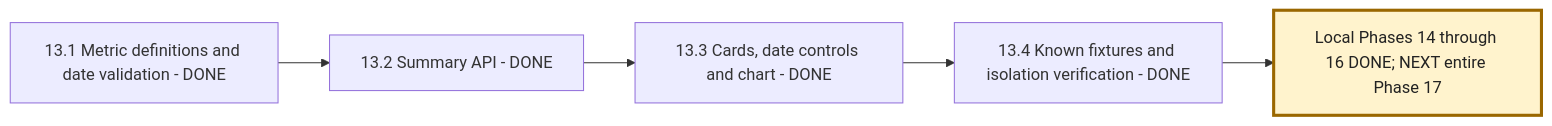
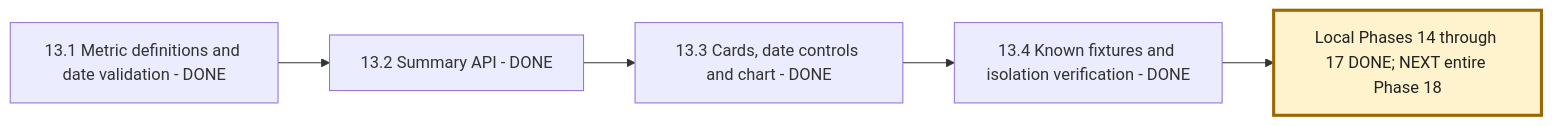
Before and after one commit to msdian0007/nexaAi: the fifth of 7 diagrams in NEXAAI_ROADMAP.md, drawn with Mermaid. The commit also changed other lines of this file and 2 other files, not shown here.

Commit message:
docs(phase-17 step-17.5): document migration deployment and rollback

````diff
--- a/NEXAAI_ROADMAP.md
+++ b/NEXAAI_ROADMAP.md
@@ -377,8 +385,8 @@
 ```mermaid
 flowchart LR
     A[13.1 Metric definitions and date validation - DONE] --> B[13.2 Summary API - DONE]
     B --> C[13.3 Cards, date controls and chart - DONE]
     C --> D[13.4 Known fixtures and isolation verification - DONE]
-    D --> E[Local Phases 14 through 16 DONE; NEXT entire Phase 17]
+    D --> E[Local Phases 14 through 17 DONE; NEXT entire Phase 18]
     style E fill:#fff3cd,stroke:#9a6700,stroke-width:3px,color:#222
 ```
````
